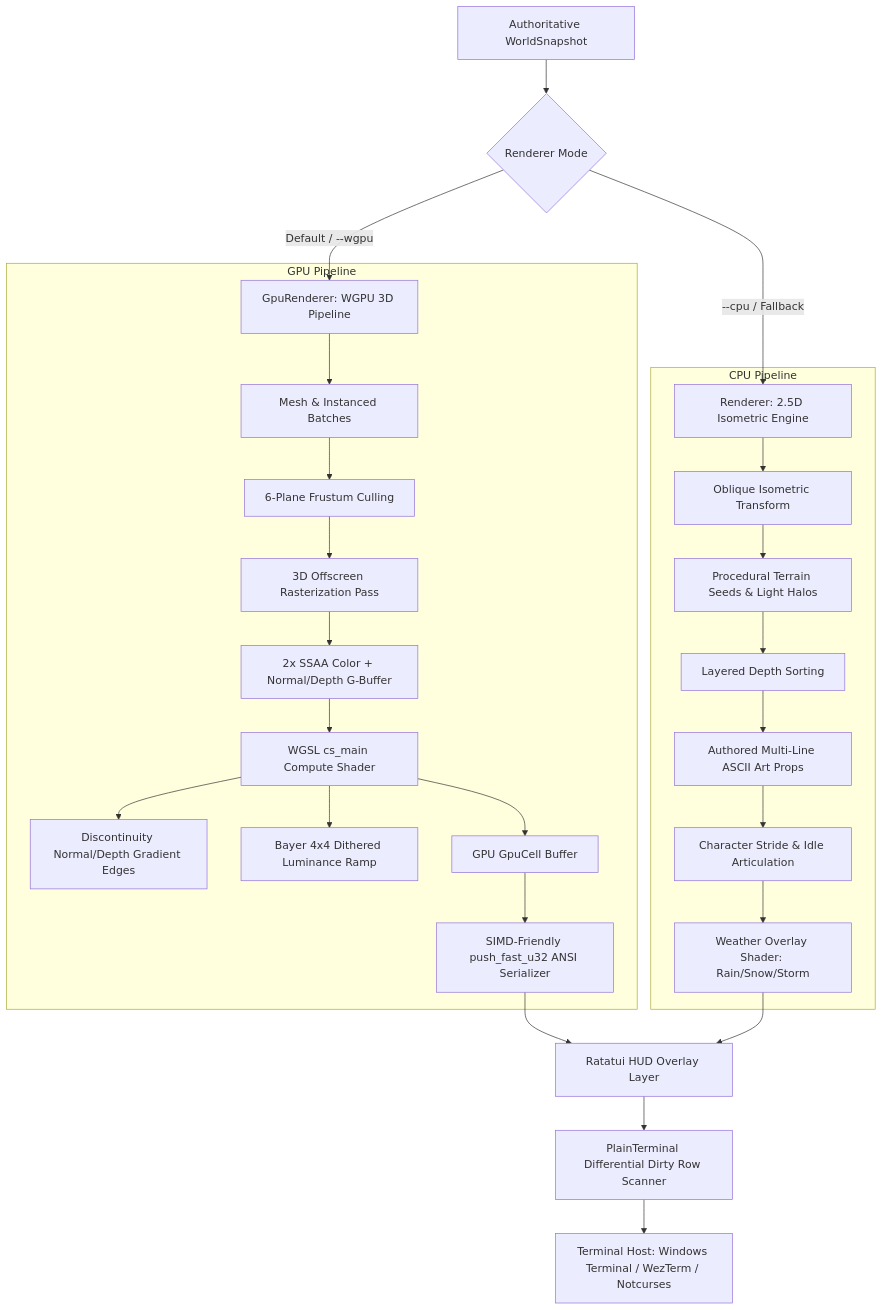
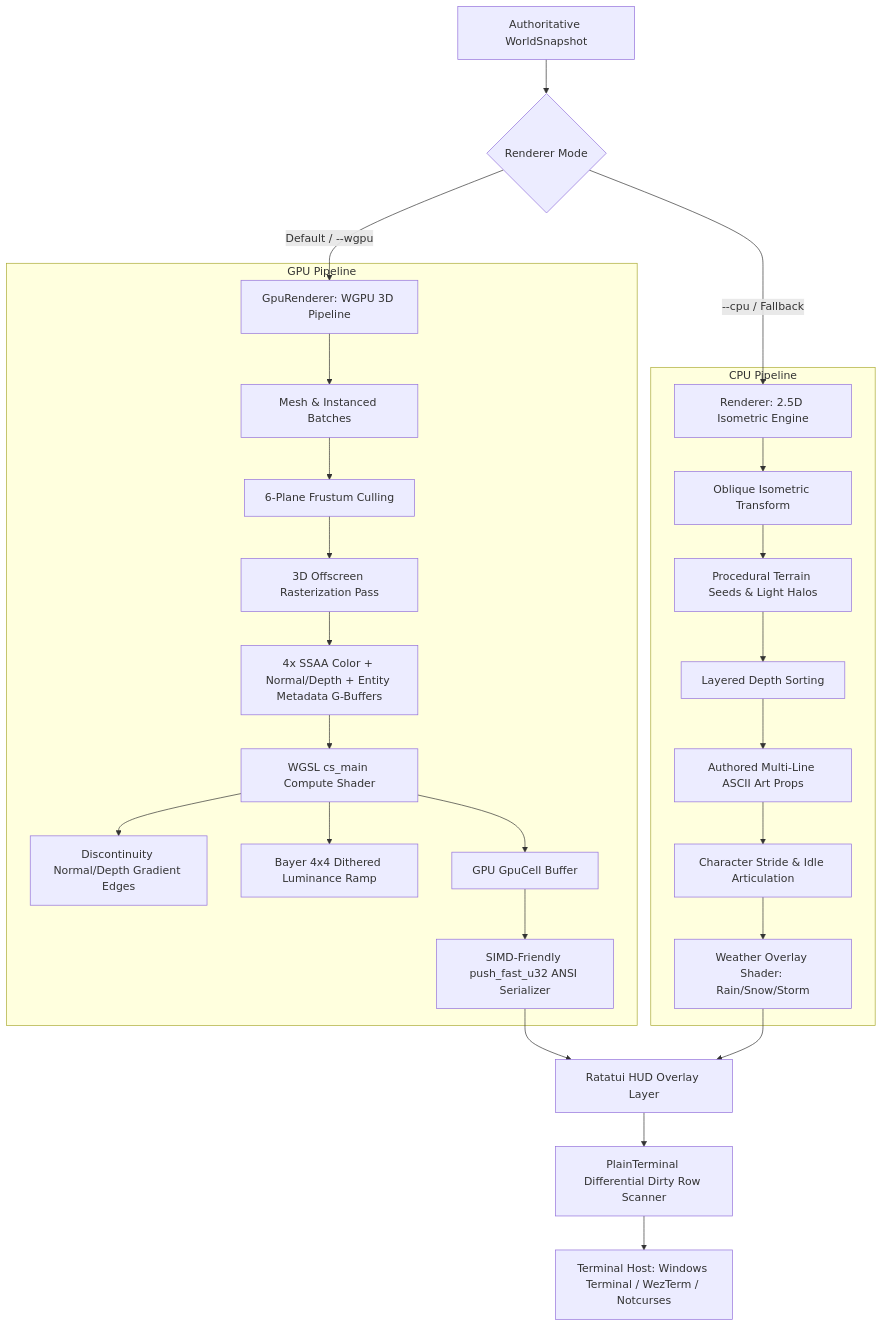
Before and after one commit to NexiSynapse/ascii-mmorpg: the diagram in docs/EXTERNAL_AGENT_EXPLAINER.md, drawn with Mermaid. The commit also changed other lines of this file and 11 other files, not shown here.

Commit message:
feat(graphics): deepen GPU ASCII rendering pipeline

````diff
--- a/docs/EXTERNAL_AGENT_EXPLAINER.md
+++ b/docs/EXTERNAL_AGENT_EXPLAINER.md
@@ -222,32 +222,32 @@
 ```mermaid
 graph TD
     World[Authoritative WorldSnapshot] --> Dispatcher{Renderer Mode}
     Dispatcher -->|Default / --wgpu| GPU[GpuRenderer: WGPU 3D Pipeline]
     Dispatcher -->|--cpu / Fallback| CPU[Renderer: 2.5D Isometric Engine]
     
     subgraph GPU Pipeline
         GPU --> SceneGen[Mesh & Instanced Batches]
         SceneGen --> Frustum[6-Plane Frustum Culling]
         Frustum --> RasterPass[3D Offscreen Rasterization Pass]
-        RasterPass --> GBuffer[2x SSAA Color + Normal/Depth G-Buffer]
+        RasterPass --> GBuffer[4x SSAA Color + Normal/Depth + Entity Metadata G-Buffers]
         GBuffer --> ComputePass[WGSL cs_main Compute Shader]
         ComputePass --> EdgeDetect[Discontinuity Normal/Depth Gradient Edges]
         ComputePass --> BayerDither[Bayer 4x4 Dithered Luminance Ramp]
         ComputePass --> OutCells[GPU GpuCell Buffer]
         OutCells --> FastAnsi[SIMD-Friendly push_fast_u32 ANSI Serializer]
     end
     
     subgraph CPU Pipeline
         CPU --> Oblique[Oblique Isometric Transform]
         Oblique --> Ground[Procedural Terrain Seeds & Light Halos]
         Ground --> DepthSort[Layered Depth Sorting]
         DepthSort --> PropArt[Authored Multi-Line ASCII Art Props]
         PropArt --> ActorArt[Character Stride & Idle Articulation]
         ActorArt --> WeatherPass[Weather Overlay Shader: Rain/Snow/Storm]
     end
 
     FastAnsi --> HudComposer[Ratatui HUD Overlay Layer]
     WeatherPass --> HudComposer
     HudComposer --> TerminalDiffer[PlainTerminal Differential Dirty Row Scanner]
     TerminalDiffer --> Console[Terminal Host: Windows Terminal / WezTerm / Notcurses]
 ```
````
